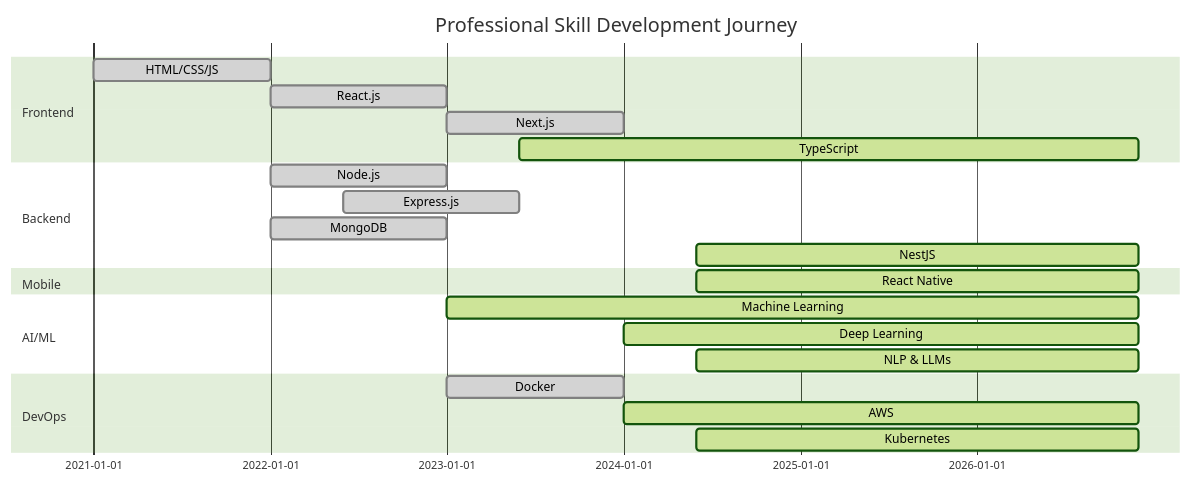
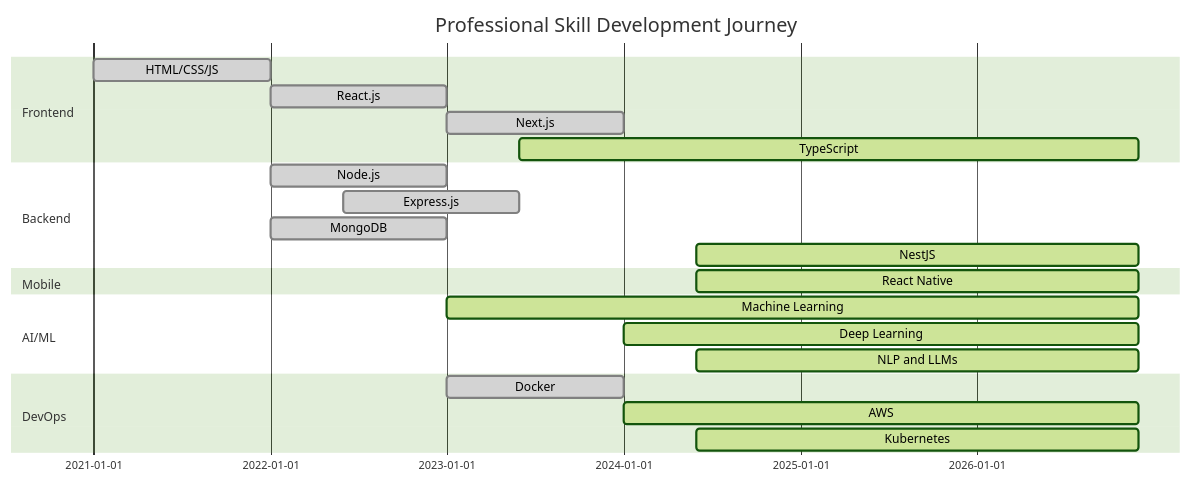
One commit to md-Gafrujama/md-Gafrujama changed the second of 2 diagrams in README.md. Above: the diagram before and after it, drawn with Mermaid (forest theme). The commit also changed other lines of this file, not shown here.

````diff
--- a/README.md
+++ b/README.md
@@ -295,25 +291,25 @@
 ```mermaid
 gantt
     title Professional Skill Development Journey
     dateFormat  YYYY-MM-DD
     section Frontend
     HTML/CSS/JS     :done, frontend1, 2021-01-01, 2022-01-01
     React.js        :done, frontend2, 2022-01-01, 2023-01-01
     Next.js         :done, frontend3, 2023-01-01, 2024-01-01
     TypeScript      :active, frontend4, 2023-06-01, 2026-12-01
     section Backend
     Node.js         :done, backend1, 2022-01-01, 2023-01-01
     Express.js      :done, backend2, 2022-06-01, 2023-06-01
     MongoDB         :done, backend3, 2022-01-01, 2023-01-01
     NestJS          :active, backend4, 2024-06-01, 2026-12-01
     section Mobile
     React Native    :active, mobile1, 2024-06-01, 2026-12-01
     section AI/ML
     Machine Learning :active, ai1, 2023-01-01, 2026-12-01
     Deep Learning    :active, ai2, 2024-01-01, 2026-12-01
-    NLP & LLMs       :active, ai3, 2024-06-01, 2026-12-01
+    NLP and LLMs       :active, ai3, 2024-06-01, 2026-12-01
     section DevOps
     Docker          :done, devops1, 2023-01-01, 2024-01-01
     AWS             :active, devops2, 2024-01-01, 2026-12-01
     Kubernetes      :active, devops3, 2024-06-01, 2026-12-01
 ```
````
